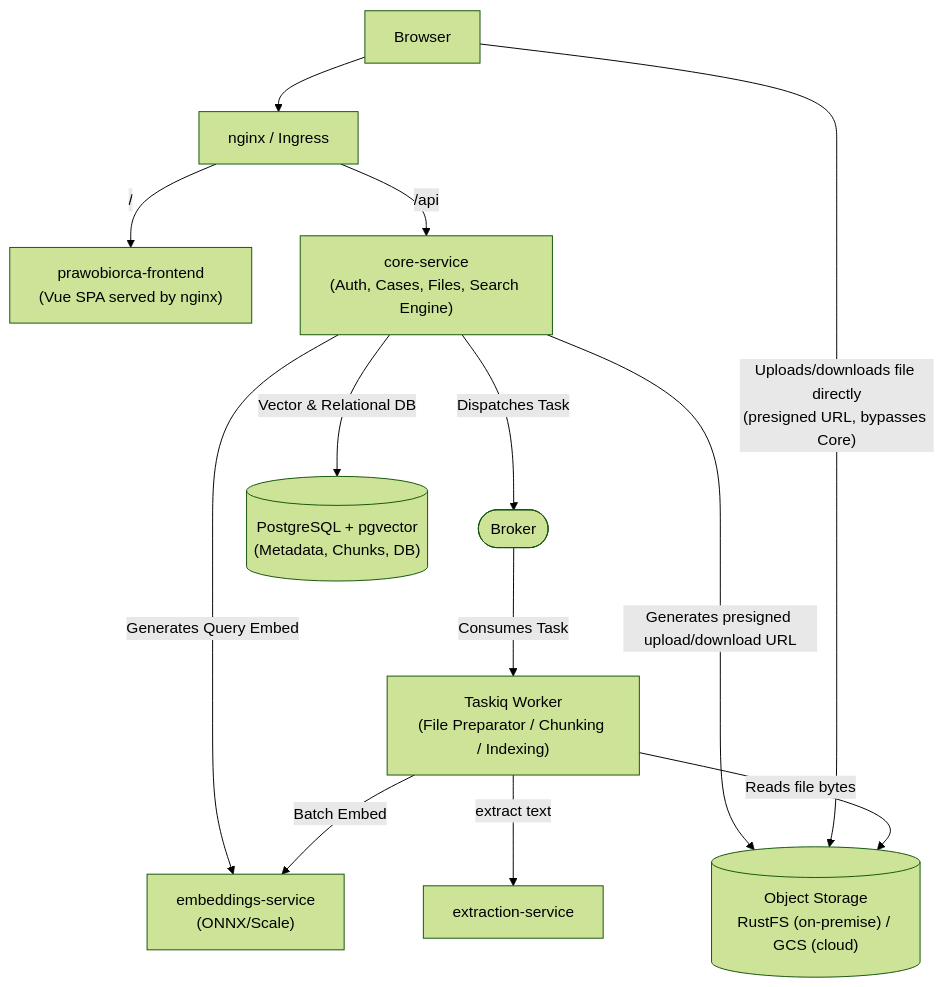
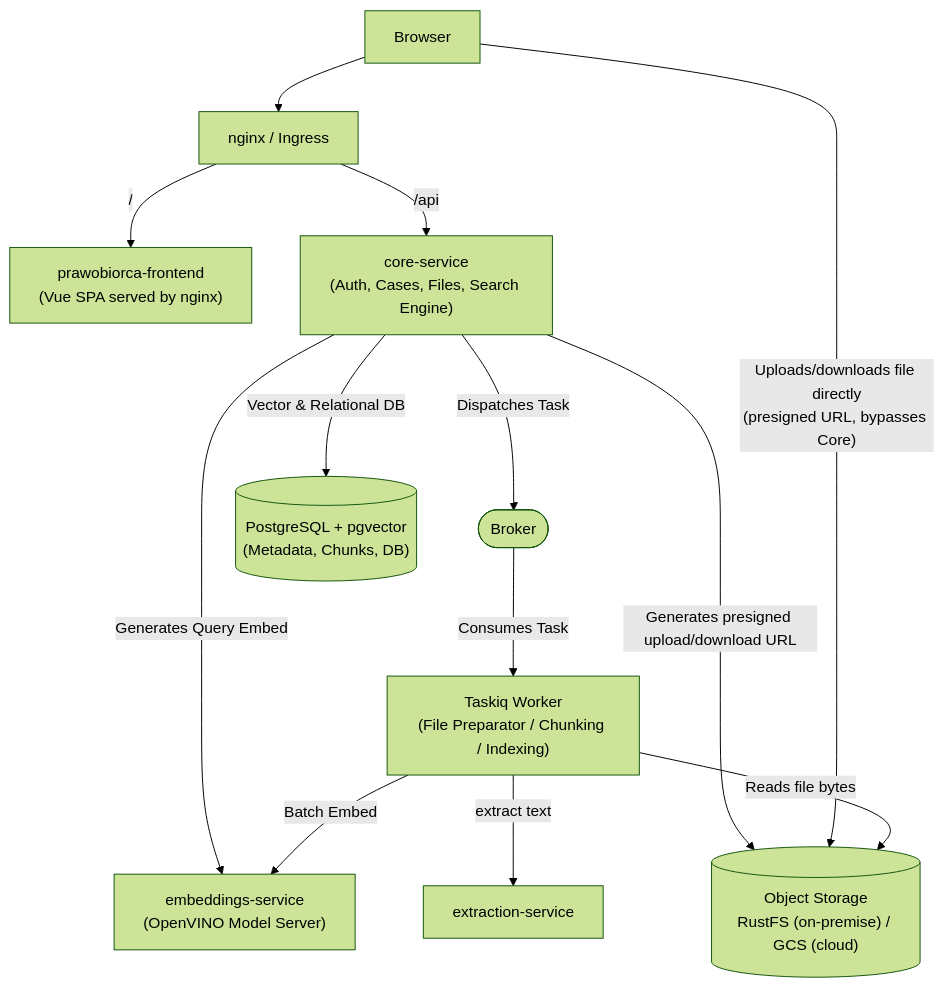
Before and after one commit to ErykMikolajewicz/prawobiorca-backend: the first of 2 diagrams in docs/architecture/architecture.md, drawn with Mermaid (forest theme). The commit also changed other lines of this file and 32 other files, not shown here.

Commit message:
feature: Change embedder for better model, and use Open Vino Model Server to deploy.

````diff
--- a/docs/architecture/architecture.md
+++ b/docs/architecture/architecture.md
@@ -19,26 +19,26 @@
 ```mermaid
 flowchart TD
     Browser["Browser"]
     Ingress["nginx / Ingress"]
     Frontend["prawobiorca-frontend<br/>(Vue SPA served by nginx)"]
     Core["core-service<br/>(Auth, Cases, Files, Search Engine)"]
     Broker(["Broker"])
     Worker["Taskiq Worker<br/>(File Preparator / Chunking / Indexing)"]
-    Embeddings["embeddings-service<br/>(ONNX/Scale)"]
+    Embeddings["embeddings-service<br/>(OpenVINO Model Server)"]
     Extraction["extraction-service"]
     DB[("PostgreSQL + pgvector<br/>(Metadata, Chunks, DB)")]
     Storage[("Object Storage<br/>RustFS (on-premise) / GCS (cloud)")]
 
     Browser --> Ingress
     Ingress -->|"/"| Frontend
     Ingress -->|"/api"| Core
     Core -->|Dispatches Task| Broker
     Core -->|Generates Query Embed| Embeddings
     Core -->|Vector & Relational DB| DB
     Core -->|"Generates presigned upload/download URL"| Storage
     Browser -->|"Uploads/downloads file directly<br/>(presigned URL, bypasses Core)"| Storage
     Broker -->|Consumes Task| Worker
     Worker -->|Batch Embed| Embeddings
     Worker -->|extract text| Extraction
     Worker -->|Reads file bytes| Storage
 ```
````
